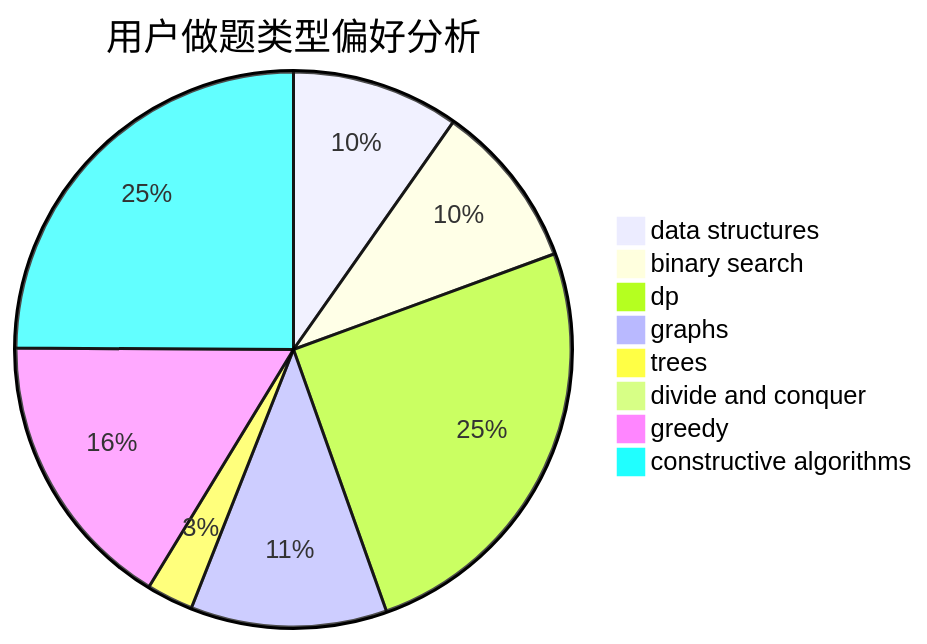
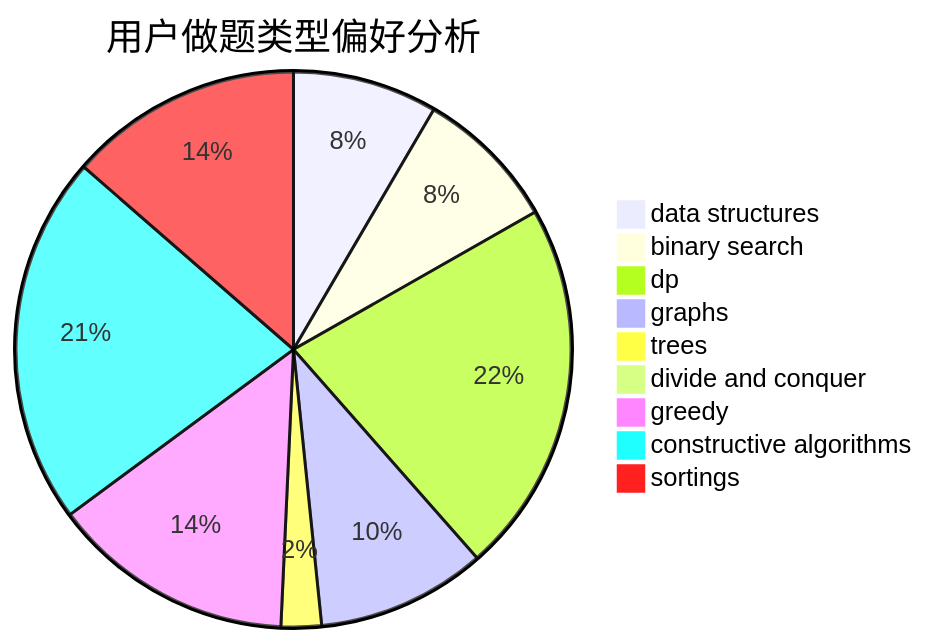
Before and after one commit to sherpahu/cfrs.github.io: the second of 3 diagrams in docs/user/u1737.md, drawn with Mermaid. The commit also changed other lines of this file and 2769 other files, not shown here.

````diff
--- a/docs/user/u1737.md
+++ b/docs/user/u1737.md
@@ -23,11 +18,12 @@
 ```mermaid
 pie title 用户做题类型偏好分析
     "data structures" :  122
     "binary search" :  121
     "dp" :  315
     "graphs" :  143
     "trees" :  34
     "divide and conquer" :  3
     "greedy" :  205
     "constructive algorithms" :  312
+    "sortings" :  197
 ```
````
